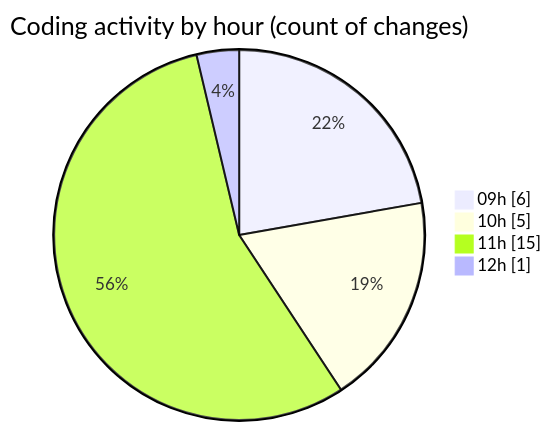
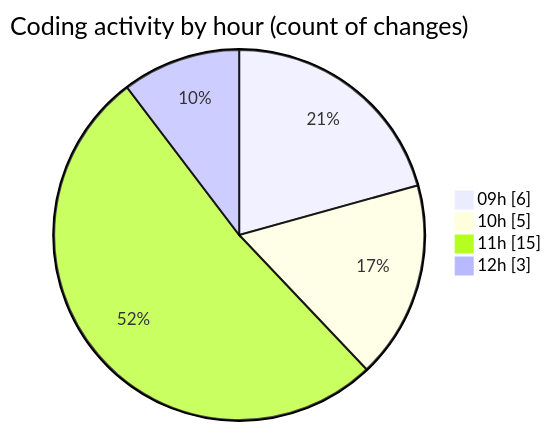
The second of 2 diagrams in 2025-10-02/cda/README.md (momahboobian/code-tracking), drawn with Mermaid before and after one commit. The commit also changed other lines of this file and 1 other file, not shown here.

````diff
--- a/2025-10-02/cda/README.md
+++ b/2025-10-02/cda/README.md
@@ -32,8 +32,8 @@
 ```mermaid
 pie showData
 title Coding activity by hour (count of changes)
 "09h" : 6
 "10h" : 5
 "11h" : 15
-"12h" : 1
+"12h" : 3
 ```
````
